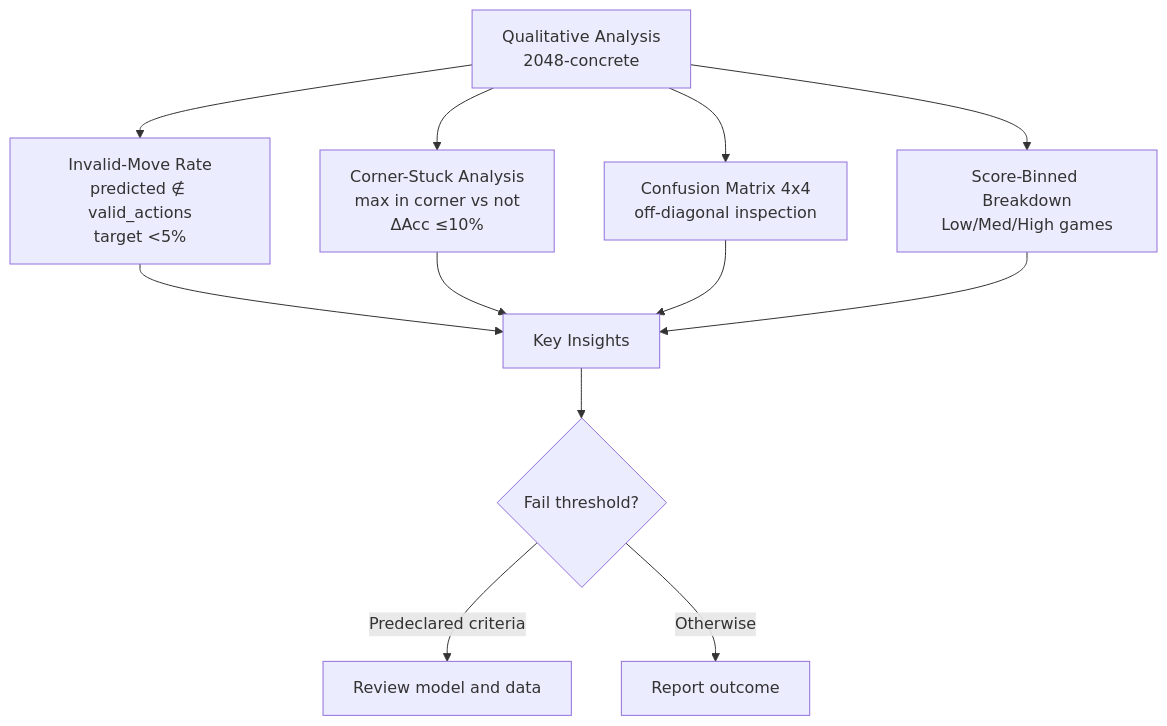
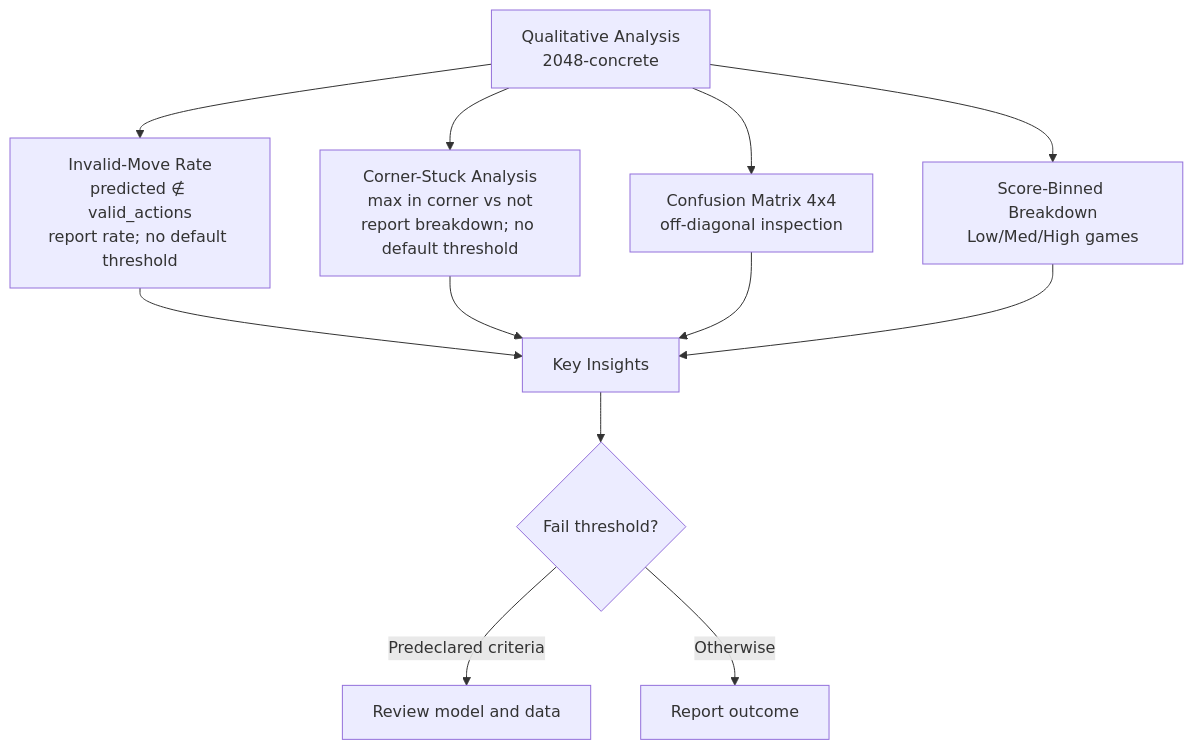
One commit to Evintkoo/2048-ml changed the fourth of 8 diagrams in plans/05-Model/04-Evaluation/01-model-evaluation.md. Above: the diagram before and after it, drawn with Mermaid. The commit also changed other lines of this file and 198 other files, not shown here.

````diff
--- a/plans/05-Model/04-Evaluation/01-model-evaluation.md
+++ b/plans/05-Model/04-Evaluation/01-model-evaluation.md
@@ -91,16 +91,16 @@
 ```mermaid
 flowchart TD
     Qual[Qualitative Analysis<br/>2048-concrete]
-    Qual --> Invalid[Invalid-Move Rate<br/>predicted ∉ valid_actions<br/>target &lt;5%]
-    Qual --> Corner[Corner-Stuck Analysis<br/>max in corner vs not<br/>ΔAcc ≤10%]
+    Qual --> Invalid[Invalid-Move Rate<br/>predicted ∉ valid_actions<br/>report rate; no default threshold]
+    Qual --> Corner[Corner-Stuck Analysis<br/>max in corner vs not<br/>report breakdown; no default threshold]
     Qual --> ConfMat[Confusion Matrix 4x4<br/>off-diagonal inspection]
     Qual --> Binned[Score-Binned Breakdown<br/>Low/Med/High games]
     
     Invalid --> Insights[Key Insights]
     Corner --> Insights
     ConfMat --> Insights
     Binned --> Insights
     Insights --> Action{Fail threshold?}
     Action -->|Predeclared criteria| Retrain[Review model and data]
     Action -->|Otherwise| Keep[Report outcome]
 ```
````
